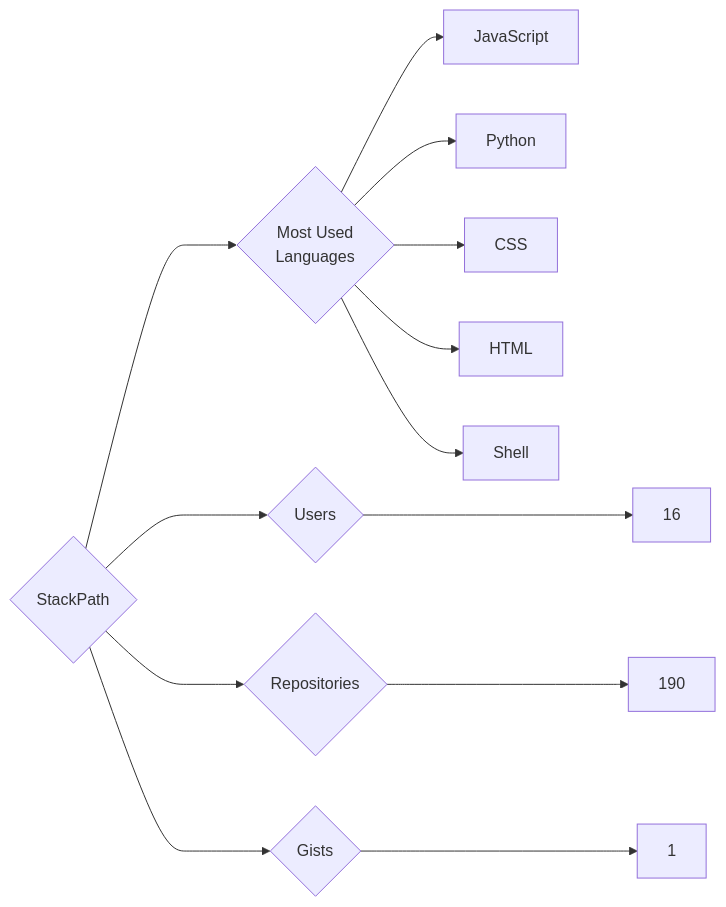
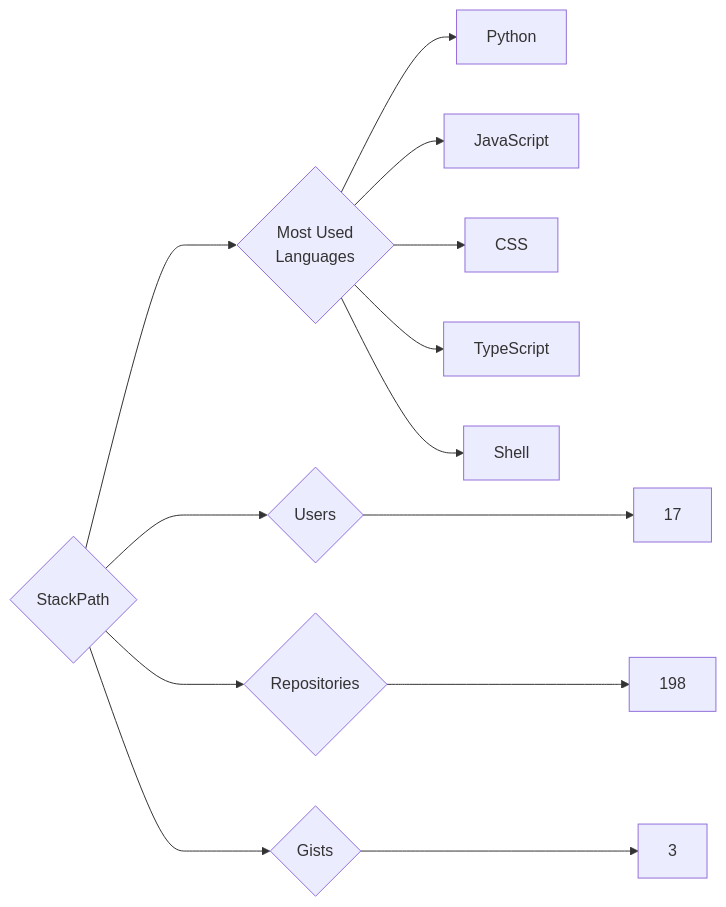
Before and after one commit to trickest/insiders: the diagram in targets/StackPath/README.md, drawn with Mermaid. The commit also changed 972 other files, not shown here.

````diff
--- a/targets/StackPath/README.md
+++ b/targets/StackPath/README.md
@@ -3,13 +3,13 @@
 ```mermaid
 graph LR
 COMPANY_NAME{StackPath}
-COMPANY_NAME ---> U{Users} ---> UN[16]
-COMPANY_NAME ---> R{Repositories} ---> RN[190]
-COMPANY_NAME ---> G{Gists} ---> GN[1]
+COMPANY_NAME ---> U{Users} ---> UN[17]
+COMPANY_NAME ---> R{Repositories} ---> RN[198]
+COMPANY_NAME ---> G{Gists} ---> GN[3]
 COMPANY_NAME ---> ML{Most Used<br>Languages}
+ML --> Python[Python]
 ML --> JavaScript[JavaScript]
-ML --> Python[Python]
 ML --> CSS[CSS]
-ML --> HTML[HTML]
+ML --> TypeScript[TypeScript]
 ML --> Shell[Shell]
 ```
````
